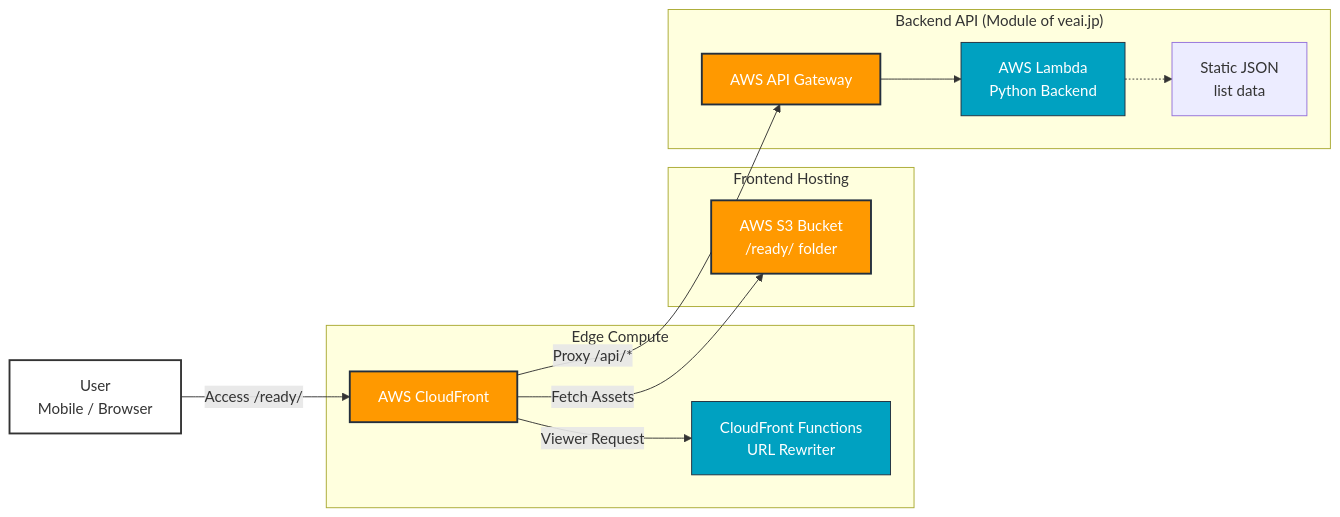
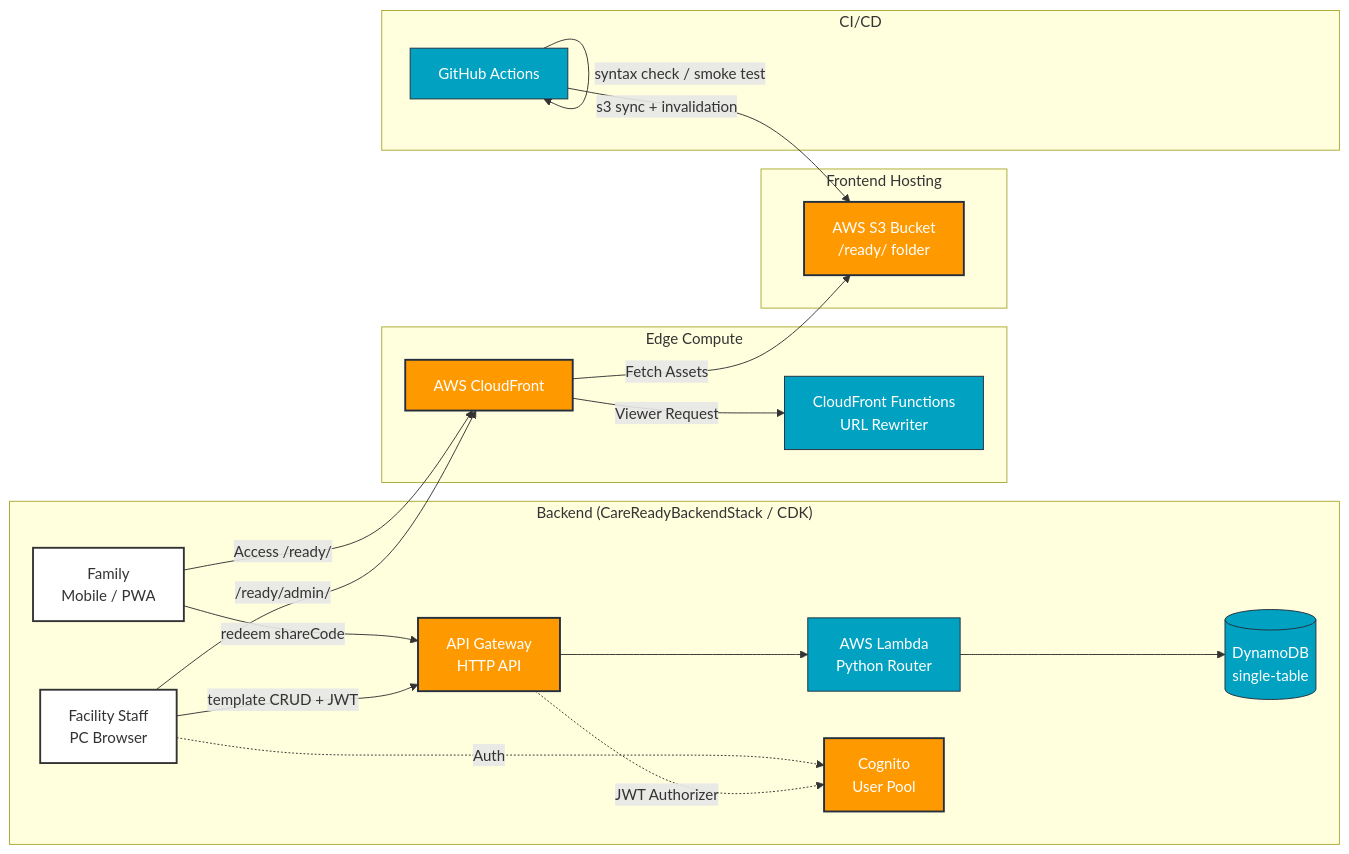
One commit to larai-w/careready-belongings-checker changed the diagram in README.md. Above: the diagram before and after it, drawn with Mermaid. The commit also changed other lines of this file and 7 other files, not shown here.

````diff
--- a/README.md
+++ b/README.md
@@ -13,27 +16,36 @@
 ```mermaid
 graph LR
-    User[User <br/> Mobile / Browser] -->|Access /ready/| CF[AWS CloudFront]
-    
+    User[Family <br/> Mobile / PWA] -->|Access /ready/| CF[AWS CloudFront]
+    Staff[Facility Staff <br/> PC Browser] -->|/ready/admin/| CF
+
     subgraph "Edge Compute"
         CF -->|Viewer Request| CFF[CloudFront Functions <br/> URL Rewriter]
     end
 
     subgraph "Frontend Hosting"
         CF -->|Fetch Assets| S3[AWS S3 Bucket <br/> /ready/ folder]
     end
-    
-    subgraph "Backend API (Module of veai.jp)"
-        CF -->|Proxy /api/*| API[AWS API Gateway]
-        API --> Lambda[AWS Lambda <br/> Python Backend]
-        Lambda -.-> JSON[Static JSON <br/> list data]
+
+    subgraph "Backend (CareReadyBackendStack / CDK)"
+        User -->|redeem shareCode| APIGW[API Gateway <br/> HTTP API]
+        Staff -->|template CRUD + JWT| APIGW
+        APIGW --> Lambda[AWS Lambda <br/> Python Router]
+        Lambda --> DDB[(DynamoDB <br/> single-table)]
+        Staff -.->|Auth| COG[Cognito <br/> User Pool]
+        APIGW -.->|JWT Authorizer| COG
     end
-    
+
+    subgraph "CI/CD"
+        GH[GitHub Actions] -->|syntax check / smoke test| GH
+        GH -->|s3 sync + invalidation| S3
+    end
+
     %% Styling
     classDef aws fill:#FF9900,stroke:#232F3E,stroke-width:2px,color:white;
     classDef user fill:#ffffff,stroke:#333333,stroke-width:2px,color:#333333;
     classDef compute fill:#00A1C1,stroke:#232F3E,stroke-width:1px,color:white;
-    
-    class User user;
-    class CF,S3,API aws;
-    class CFF,Lambda compute;
+
+    class User,Staff user;
+    class CF,S3,APIGW,COG aws;
+    class CFF,Lambda,DDB,GH compute;
 ```
````
